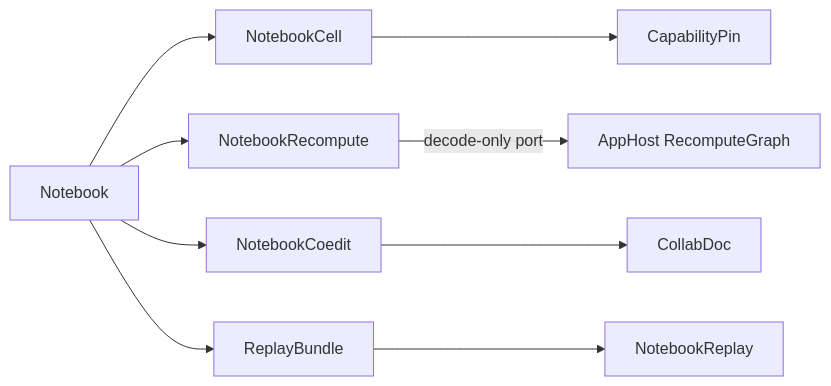
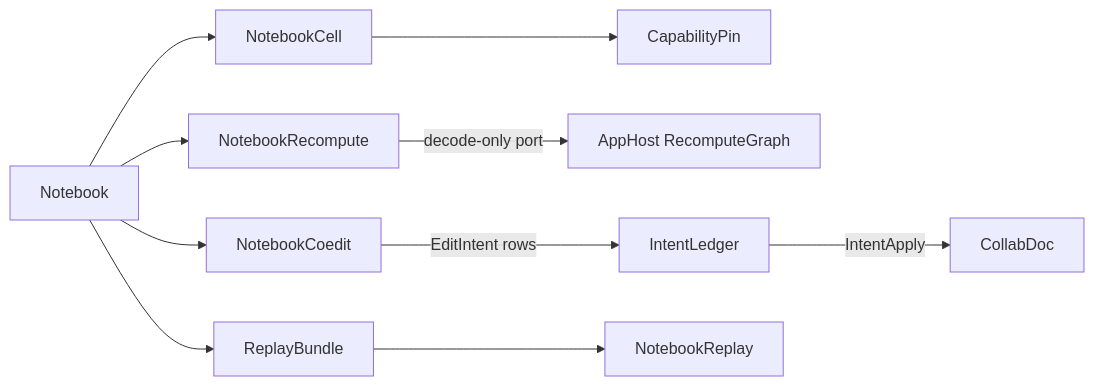
The diagram in libs/csharp/Rasm.AppUi/.planning/Document/notebook.md (bsamiee/Rasm), drawn with Mermaid before and after one commit. The commit also changed other lines of this file and 46 other files, not shown here.

Commit message:
snapshot: rebuild wf mid-run planning output + mermaid render lane stale-env hardening

````diff
--- a/libs/csharp/Rasm.AppUi/.planning/Document/notebook.md
+++ b/libs/csharp/Rasm.AppUi/.planning/Document/notebook.md
@@ -303,11 +359,12 @@
 ```mermaid
 flowchart LR
     Notebook --> NotebookCell
     NotebookCell --> CapabilityPin
     Notebook --> NotebookRecompute
     NotebookRecompute -->|decode-only port| RecomputeGraph["AppHost RecomputeGraph"]
     Notebook --> NotebookCoedit
-    NotebookCoedit --> CollabDoc
+    NotebookCoedit -->|EditIntent rows| IntentLedger
+    IntentLedger -->|IntentApply| CollabDoc
     Notebook --> ReplayBundle
     ReplayBundle --> NotebookReplay
 ```
````
